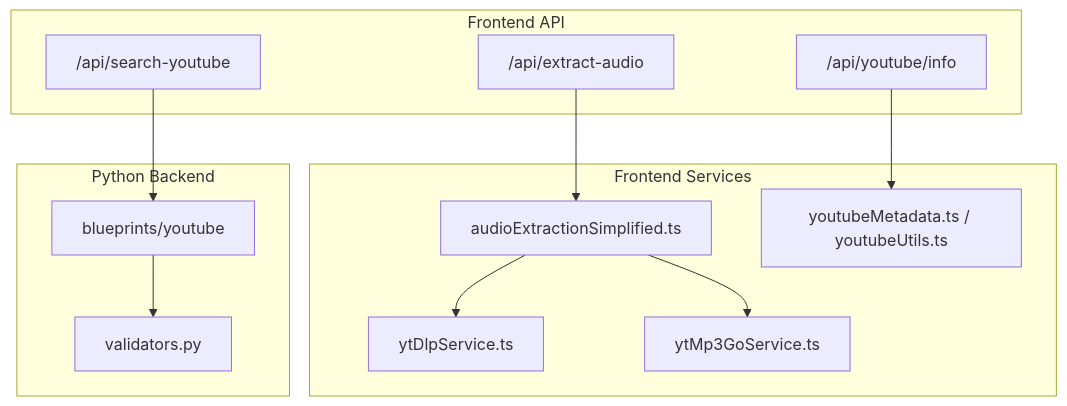
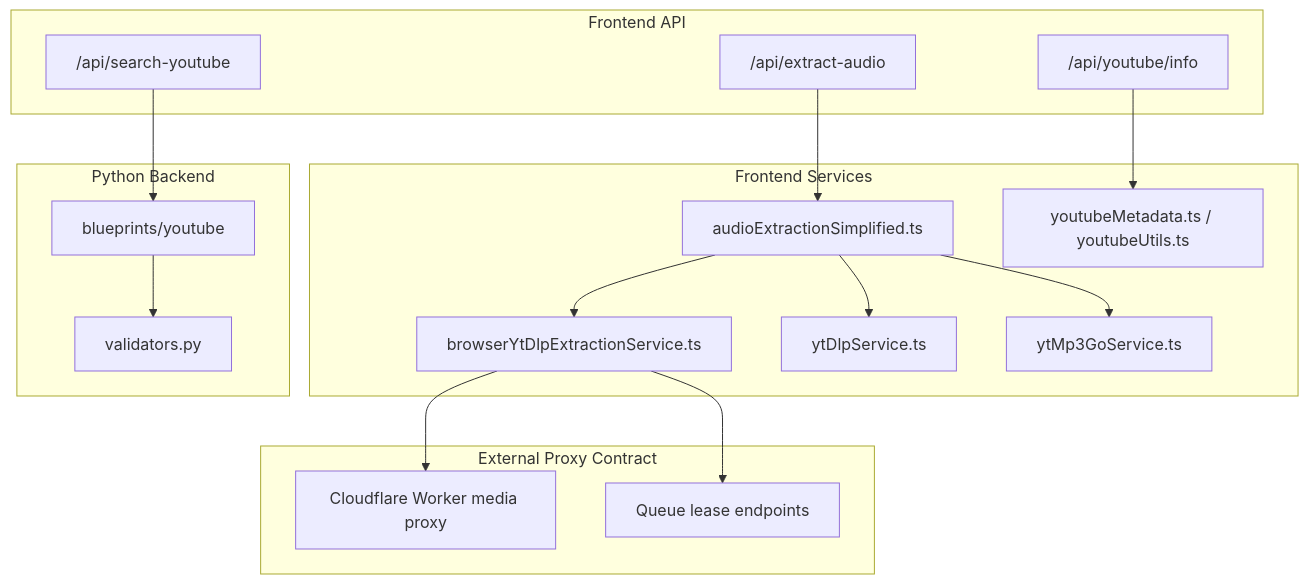
One commit to ptnghia-j/ChordMiniApp changed the first of 3 diagrams in .qoder/repowiki/en/content/Architecture and Design/Backend Architecture/Blueprint Organization/YouTube Blueprint.md. Above: the diagram before and after it, drawn with Mermaid. The commit also changed other lines of this file and 32 other files, not shown here.

````diff
--- a/.qoder/repowiki/en/content/Architecture and Design/Backend Architecture/Blueprint Organization/YouTube Blueprint.md
+++ b/.qoder/repowiki/en/content/Architecture and Design/Backend Architecture/Blueprint Organization/YouTube Blueprint.md
@@ -27,24 +28,32 @@
 ```mermaid
 graph TB
 subgraph "Frontend API"
 SEARCH["/api/search-youtube"]
 INFO["/api/youtube/info"]
 EXTRACT["/api/extract-audio"]
 end
 subgraph "Frontend Services"
 AES["audioExtractionSimplified.ts"]
+BYT["browserYtDlpExtractionService.ts"]
 DLP["ytDlpService.ts"]
 MP3["ytMp3GoService.ts"]
 UTILS["youtubeMetadata.ts / youtubeUtils.ts"]
+end
+subgraph "External Proxy Contract"
+CF["Cloudflare Worker media proxy"]
+Q["Queue lease endpoints"]
 end
 subgraph "Python Backend"
 PY["blueprints/youtube"]
 VAL["validators.py"]
 end
 SEARCH --> PY
 PY --> VAL
 INFO --> UTILS
 EXTRACT --> AES
+AES --> BYT
+BYT --> CF
+BYT --> Q
 AES --> MP3
 AES --> DLP
 ```
````
